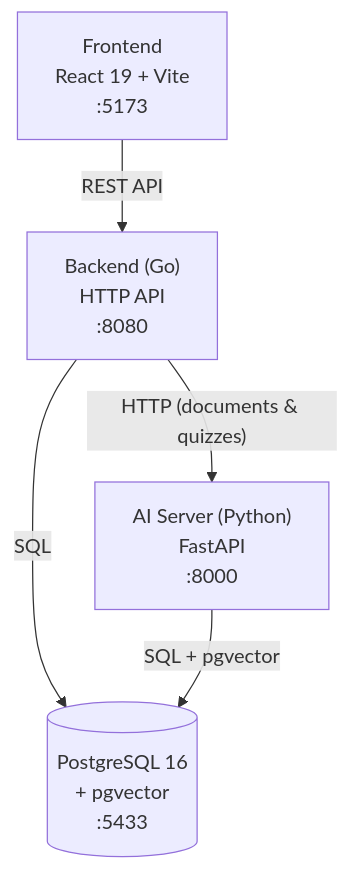
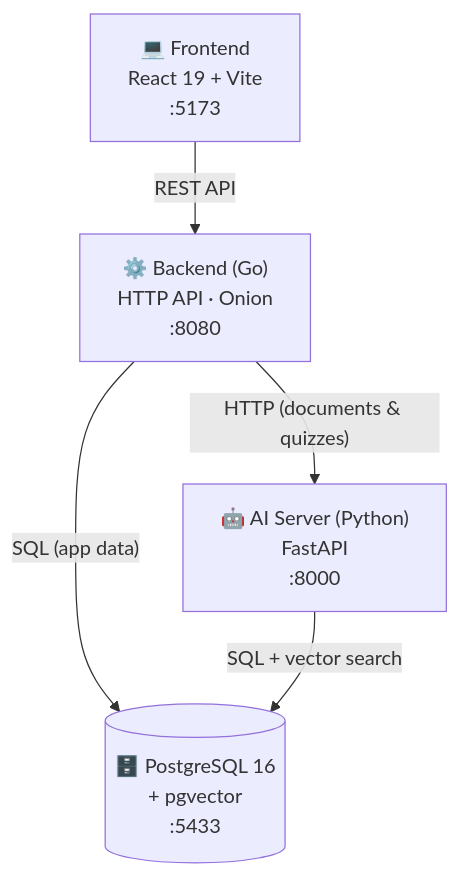
The first of 3 diagrams in README.md (Voro-the-foxy/Voro), drawn with Mermaid before and after one commit. The commit also changed other lines of this file and 16 other files, not shown here.

````diff
--- a/README.md
+++ b/README.md
@@ -9,12 +39,12 @@
 ```mermaid
 graph TD
-    FE["Frontend\nReact 19 + Vite\n:5173"]
-    BE["Backend (Go)\nHTTP API\n:8080"]
-    AI["AI Server (Python)\nFastAPI\n:8000"]
-    DB[("PostgreSQL 16\n+ pgvector\n:5433")]
+    FE["💻 Frontend<br/>React 19 + Vite<br/>:5173"]
+    BE["⚙️ Backend (Go)<br/>HTTP API · Onion<br/>:8080"]
+    AI["🤖 AI Server (Python)<br/>FastAPI<br/>:8000"]
+    DB[("🗄️ PostgreSQL 16<br/>+ pgvector<br/>:5433")]
 
     FE -- "REST API" --> BE
     BE -- "HTTP (documents & quizzes)" --> AI
-    BE -- "SQL" --> DB
-    AI -- "SQL + pgvector" --> DB
+    BE -- "SQL (app data)" --> DB
+    AI -- "SQL + vector search" --> DB
 ```
````
